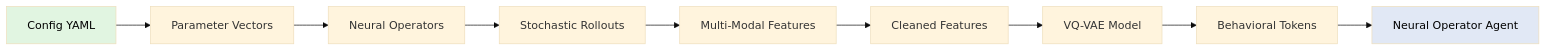
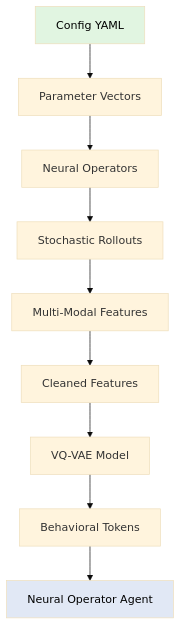
One commit to dgabriele/spinlock changed the second of 2 diagrams in docs/architecture.md. Above: the diagram before and after it, drawn with Mermaid (base theme). The commit also changed other lines of this file, not shown here.

Commit message:
docs(architecture): improve diagram layouts for better visual balance
Restructured both Mermaid diagrams for more balanced visual presentation:

1. System Overview Diagram
   - Changed from TB (top-to-bottom) to LR (left-to-right) main flow
   - Added 'direction TB' inside each subgraph for vertical internal organization
   - Now uses horizontal space efficiently while keeping components organized
   - Creates balanced 3-2-1 horizontal layout instead of narrow vertical stack

2. Data Flow Diagram
   - Changed from LR (left-to-right) to TD (top-down) layout
   - Grouped related nodes visually (3-2-2-2 grouping)
   - Used multi-node transitions (A → B → C) for cleaner flow
   - More compact and readable, avoids horizontal compression
   - Better aspect ratio for markdown rendering

Both diagrams now have better visual balance and make more efficient use
of available screen space while maintaining clarity and readability.

````diff
--- a/docs/architecture.md
+++ b/docs/architecture.md
@@ -217,14 +224,23 @@
 ```mermaid
-flowchart LR
-    Config[Config YAML] --> Params[Parameter Vectors]
-    Params --> Operators[Neural Operators]
-    Operators --> Rollouts[Stochastic Rollouts]
-    Rollouts --> Features[Multi-Modal Features]
-    Features --> Cleaned[Cleaned Features]
-    Cleaned --> VQVAE[VQ-VAE Model]
-    VQVAE --> Tokens[Behavioral Tokens]
-    Tokens --> NOA[Neural Operator Agent]
+flowchart TD
+    Config[Config YAML]
+    Params[Parameter Vectors]
+    Operators[Neural Operators]
+
+    Rollouts[Stochastic Rollouts]
+    Features[Multi-Modal Features]
+
+    Cleaned[Cleaned Features]
+    VQVAE[VQ-VAE Model]
+
+    Tokens[Behavioral Tokens]
+    NOA[Neural Operator Agent]
+
+    Config --> Params --> Operators
+    Operators --> Rollouts --> Features
+    Features --> Cleaned --> VQVAE
+    VQVAE --> Tokens --> NOA
 
     style Config fill:#e1f5e1,color:#000
     style NOA fill:#e1e8f5,color:#000
 ```
````
